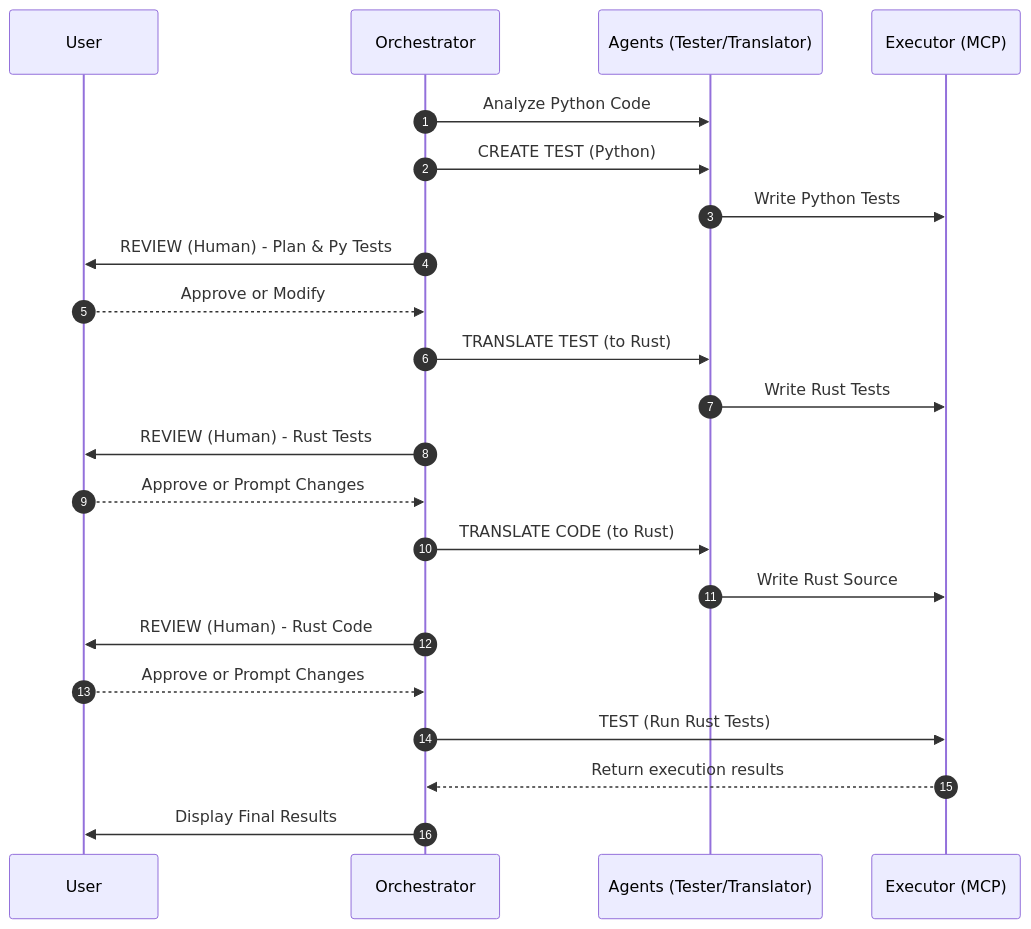
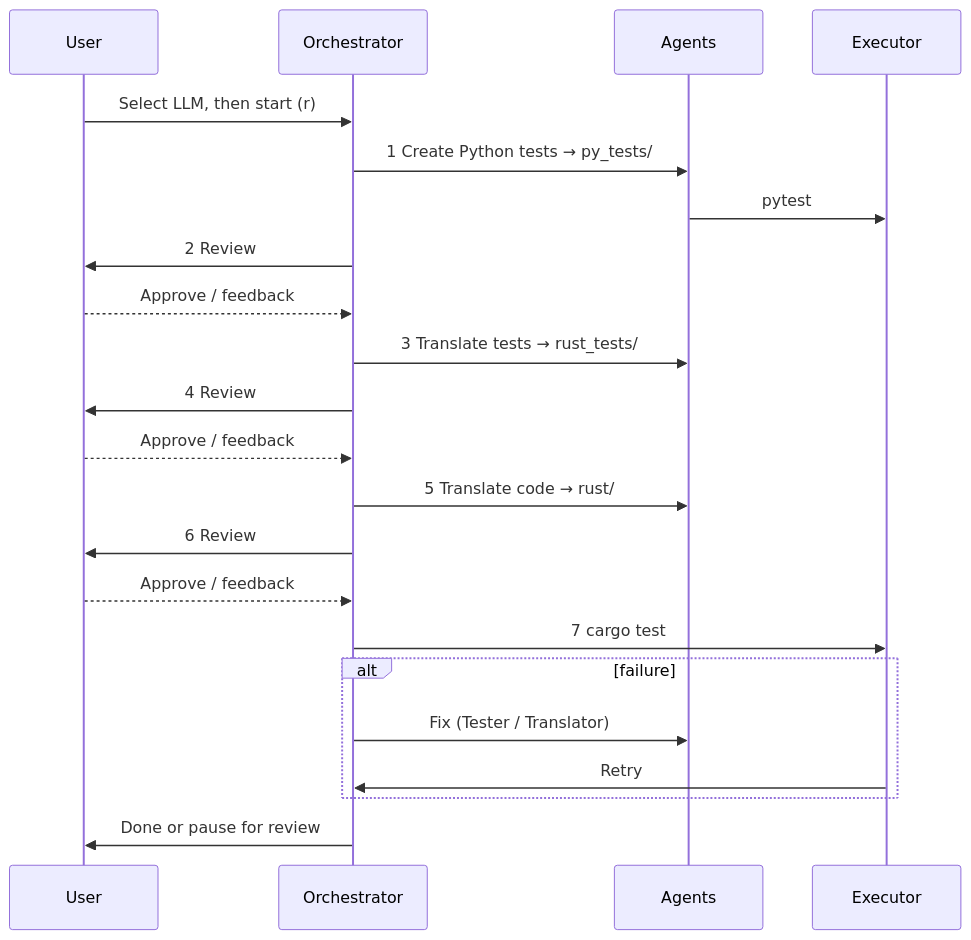
The second of 2 diagrams in README.md (Haaparanta/AaltoAI-Ai-For-Good), drawn with Mermaid before and after one commit. The commit also changed other lines of this file and 27 other files, not shown here.

First line of the commit message:
Add migration layout, LLM provider selection, and test-fix orchestration.

````diff
--- a/README.md
+++ b/README.md
@@ -44,29 +48,25 @@
 ```mermaid
 sequenceDiagram
-    autonumber
     participant U as User
     participant O as Orchestrator
-    participant A as Agents (Tester/Translator)
-    participant E as Executor (MCP)
+    participant A as Agents
+    participant E as Executor
 
-    O->>A: Analyze Python Code
-    O->>A: CREATE TEST (Python)
-    A->>E: Write Python Tests
-    O->>U: REVIEW (Human) - Plan & Py Tests
-    U-->>O: Approve or Modify
-    
-    O->>A: TRANSLATE TEST (to Rust)
-    A->>E: Write Rust Tests
-    O->>U: REVIEW (Human) - Rust Tests
-    U-->>O: Approve or Prompt Changes
-    
-    O->>A: TRANSLATE CODE (to Rust)
-    A->>E: Write Rust Source
-    O->>U: REVIEW (Human) - Rust Code
-    U-->>O: Approve or Prompt Changes
-    
-    O->>E: TEST (Run Rust Tests)
-    E-->>O: Return execution results
-    O->>U: Display Final Results
-
+    U->>O: Select LLM, then start (r)
+    O->>A: 1 Create Python tests → py_tests/
+    A->>E: pytest
+    O->>U: 2 Review
+    U-->>O: Approve / feedback
+    O->>A: 3 Translate tests → rust_tests/
+    O->>U: 4 Review
+    U-->>O: Approve / feedback
+    O->>A: 5 Translate code → rust/
+    O->>U: 6 Review
+    U-->>O: Approve / feedback
+    O->>E: 7 cargo test
+    alt failure
+        O->>A: Fix (Tester / Translator)
+        E->>O: Retry
+    end
+    O->>U: Done or pause for review
 ```
````
